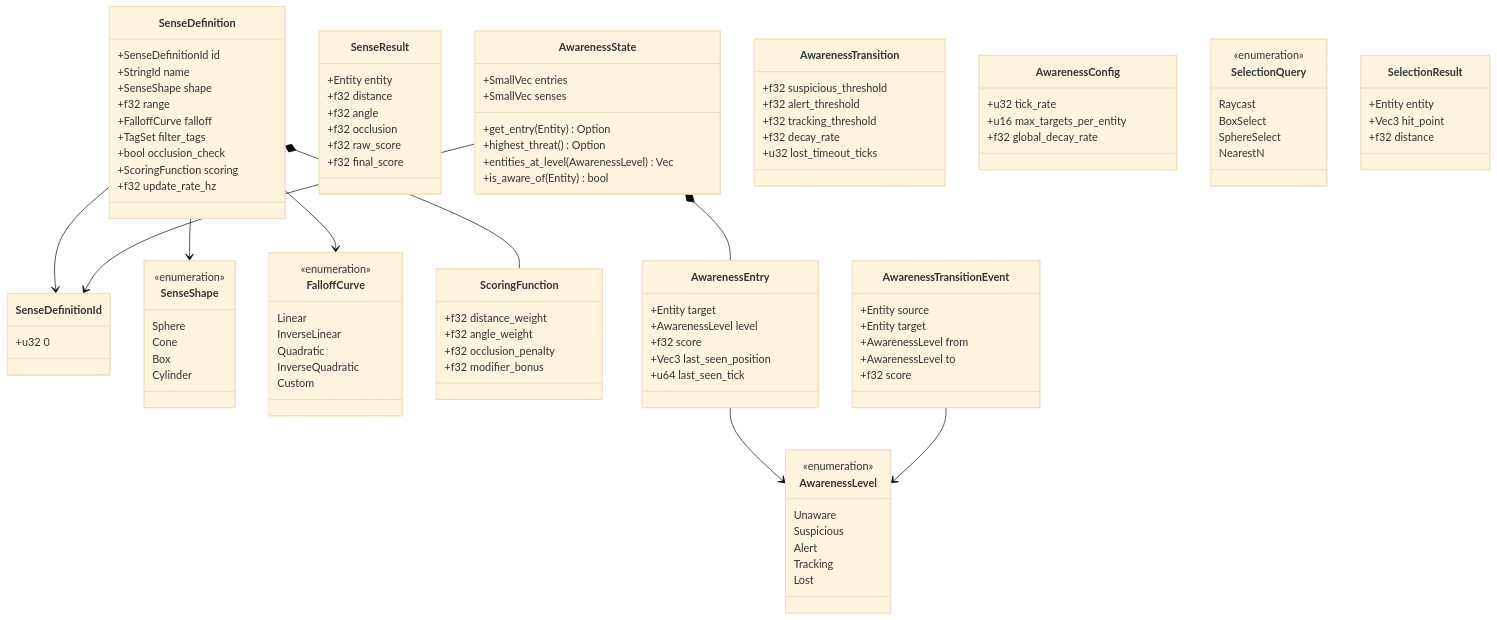
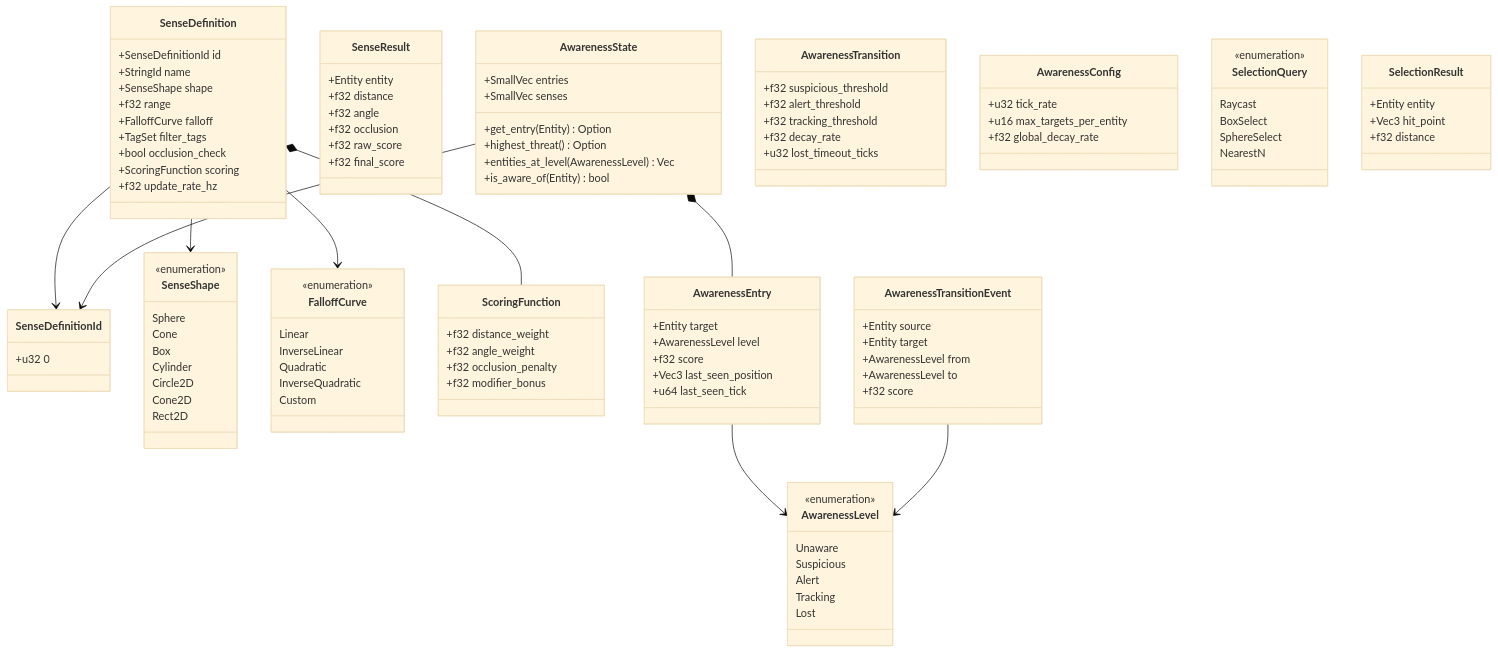
Before and after one commit to harmonius-dev/harmonius: the fourth of 5 diagrams in docs/design/simulation/spatial-awareness.md, drawn with Mermaid (base theme). The commit also changed other lines of this file and 174 other files, not shown here.

```diff
--- a/docs/design/simulation/spatial-awareness.md
+++ b/docs/design/simulation/spatial-awareness.md
@@ -239,6 +267,9 @@
         Cone
         Box
         Cylinder
+        Circle2D
+        Cone2D
+        Rect2D
     }
 
     class FalloffCurve {
```
